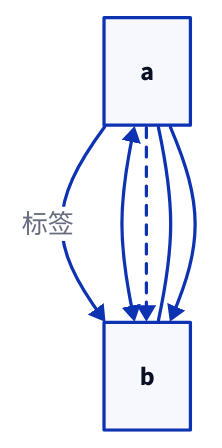
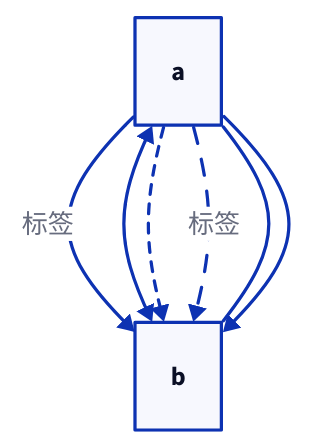
One commit to Kozmosa/present2me changed the first of 7 diagrams in plugins/present2me/skills/viz-d2/references/d2-cheatsheet.md. Above: the diagram before and after it, drawn with D2. The commit also changed other lines of this file and 4 other files, not shown here.

First line of the commit message:
viz-d2: 技能 v0.2.0——工具链自检、语法实测翻案、大图骨架先行

````diff
--- a/plugins/present2me/skills/viz-d2/references/d2-cheatsheet.md
+++ b/plugins/present2me/skills/viz-d2/references/d2-cheatsheet.md
@@ -42,7 +47,8 @@
 ```d2
 a -> b: 标签
 a <-> b                            # 双向
-a -> b: {style.stroke-dash: 3}     # 虁线
+a -> b: {style.stroke-dash: 3}     # 虚线
+a -> b: 标签 {style.animated: true}          # 标签 + 属性同时写（合法）
 a -> b: {target-arrowhead: {shape: none}}    # 去掉箭头变成线
 a -> b: {source-arrowhead: {shape: diamond}} # 起点箭头
 ```
````
